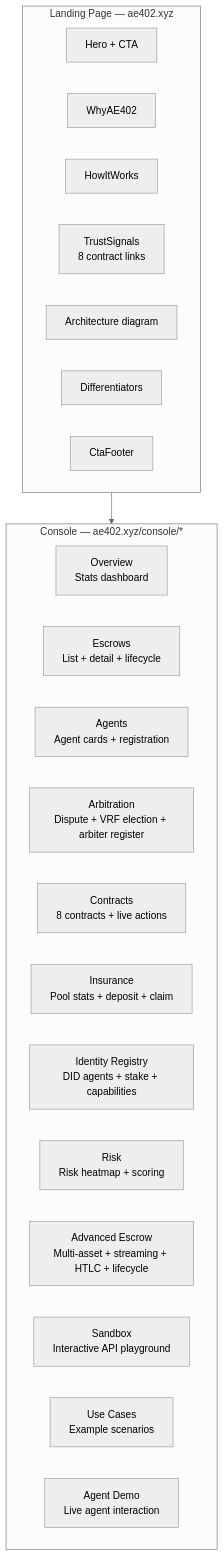
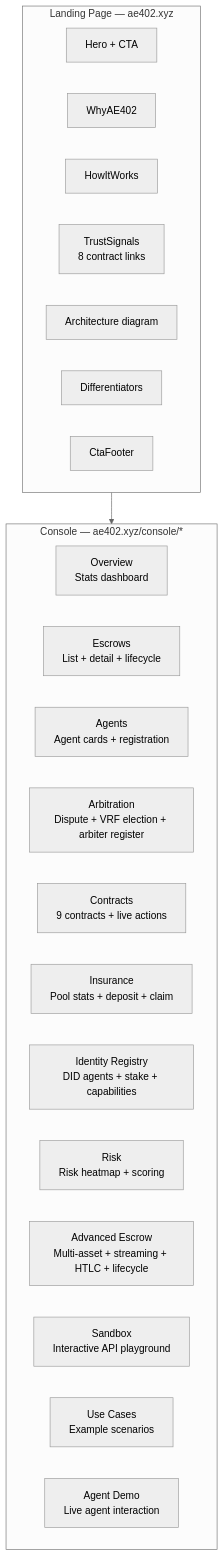
The third of 12 diagrams in docs/ARCHITECTURE.md (alexbelij/AgentEscrow402), drawn with Mermaid (neutral theme) before and after one commit. The commit also changed other lines of this file and 5 other files, not shown here.

Commit message:
docs: reconcile stale contract/endpoint/test counts across ARCHITECTURE/API/ROADMAP/GAS_BENCHMARK, fix phantom identity endpoints, fix minor AI-provider name drift

````diff
--- a/docs/ARCHITECTURE.md
+++ b/docs/ARCHITECTURE.md
@@ -299,29 +299,29 @@
 ```mermaid
 graph TB
     subgraph Landing [Landing Page — ae402.xyz]
         Hero[Hero + CTA]
         Why[WhyAE402]
         HW[HowItWorks]
         TS[TrustSignals<br/>8 contract links]
         Arch[Architecture diagram]
         Diff[Differentiators]
         CTA[CtaFooter]
     end
 
     subgraph Console [Console — ae402.xyz/console/*]
         OV[Overview<br/>Stats dashboard]
         ESC_P[Escrows<br/>List + detail + lifecycle]
         AGT[Agents<br/>Agent cards + registration]
         ARBI[Arbitration<br/>Dispute + VRF election + arbiter register]
-        CON[Contracts<br/>8 contracts + live actions]
+        CON[Contracts<br/>9 contracts + live actions]
         INS_P[Insurance<br/>Pool stats + deposit + claim]
         ID[Identity Registry<br/>DID agents + stake + capabilities]
         RISK_P[Risk<br/>Risk heatmap + scoring]
         ADV[Advanced Escrow<br/>Multi-asset + streaming + HTLC + lifecycle]
         SAND[Sandbox<br/>Interactive API playground]
         UC[Use Cases<br/>Example scenarios]
         DEMO[Agent Demo<br/>Live agent interaction]
     end
 
     Landing --> Console
 ```
````
